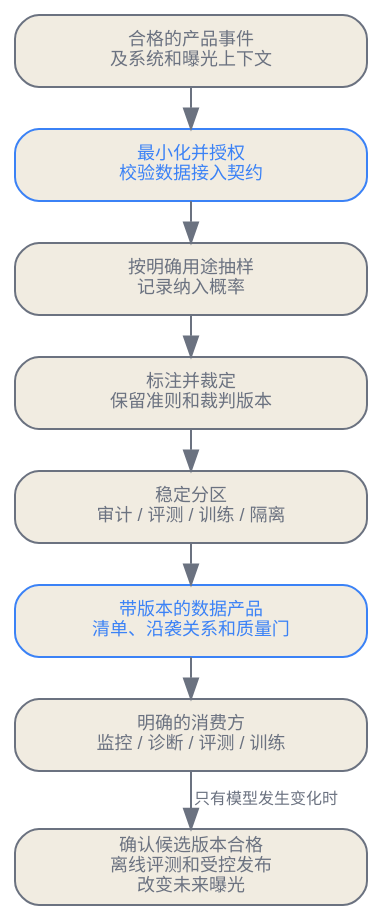
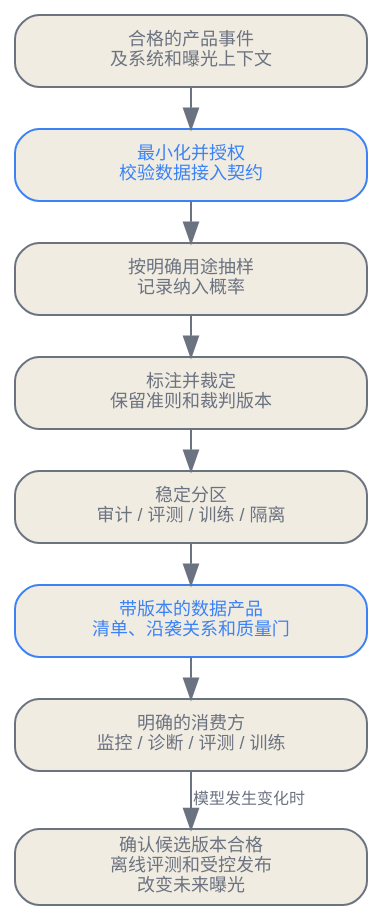
The diagram in zh/practice/12-production-data-engine.qmd (latere-ai/ai-as-an-infrastructure), drawn with Graphviz before and after one commit. The commit also changed other lines of this file and 1 other file, not shown here.

````diff
--- a/zh/practice/12-production-data-engine.qmd
+++ b/zh/practice/12-production-data-engine.qmd
@@ -41,23 +41,23 @@
 ```{dot}
 //| label: fig-data-engine-loop
 //| fig-cap: "一条受治理的生产数据流水线。合格事件先经过最小化与授权校验，再按明确用途抽样，必要时接受标注，随后进入稳定分区，并发布为带版本的数据产品。训练只是受门控的消费用途之一，并非每个事件的终点。"
 digraph engine {
   rankdir=TB;
   bgcolor="transparent";
   graph [nodesep=0.18, ranksep=0.26];
   node [shape=box, style="rounded,filled", fontname="Helvetica", fontsize=9, color="#6b7280", fontcolor="#6b7280", fillcolor="#f1ece1", margin="0.09,0.06", width=2.45];
   edge [color="#6b7280", fontcolor="#6b7280", fontsize=8];
 
   event [label="合格的产品事件\n及系统和曝光上下文"];
   intake [label="最小化并授权\n校验数据接入契约", color="#3b82f6", fontcolor="#3b82f6"];
   sample [label="按明确用途抽样\n记录纳入概率"];
   judge [label="标注并裁定\n保留准则和裁判版本"];
   split [label="稳定分区\n审计 / 评测 / 训练 / 隔离"];
   release [label="带版本的数据产品\n清单、沿袭关系和质量门", color="#3b82f6", fontcolor="#3b82f6"];
   consumer [label="明确的消费方\n监控 / 诊断 / 评测 / 训练"];
   gate [label="确认候选版本合格\n离线评测和受控发布\n改变未来曝光"];
 
   event -> intake -> sample -> judge -> split -> release -> consumer;
-  consumer -> gate [label="只有模型发生变化时"];
+  consumer -> gate [label="模型发生变化时"];
 }
 ```
````
